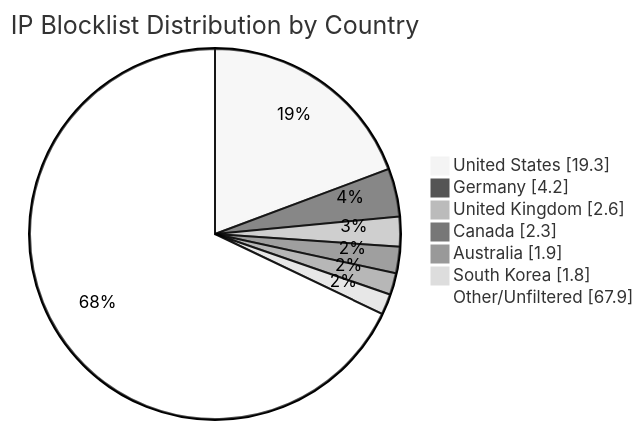
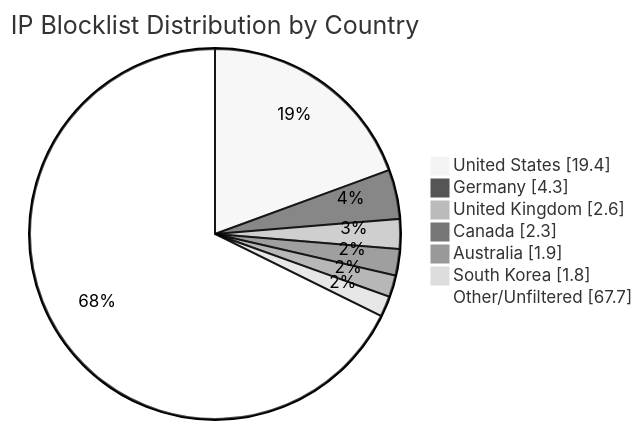
Before and after one commit to MarcusHoltz/ipblocklist-geofiltered-aggregator: the diagram in README.md, drawn with Mermaid (neutral theme). The commit also changed other lines of this file and 9 other files, not shown here.

````diff
--- a/README.md
+++ b/README.md
@@ -34,10 +34,10 @@
 ```mermaid
 pie showData title IP Blocklist Distribution by Country
-"United States" : 19.3
-"Germany" : 4.2
+"United States" : 19.4
+"Germany" : 4.3
 "United Kingdom" : 2.6
 "Canada" : 2.3
 "Australia" : 1.9
 "South Korea" : 1.8
-"Other/Unfiltered" : 67.9
+"Other/Unfiltered" : 67.7
 ```
````
